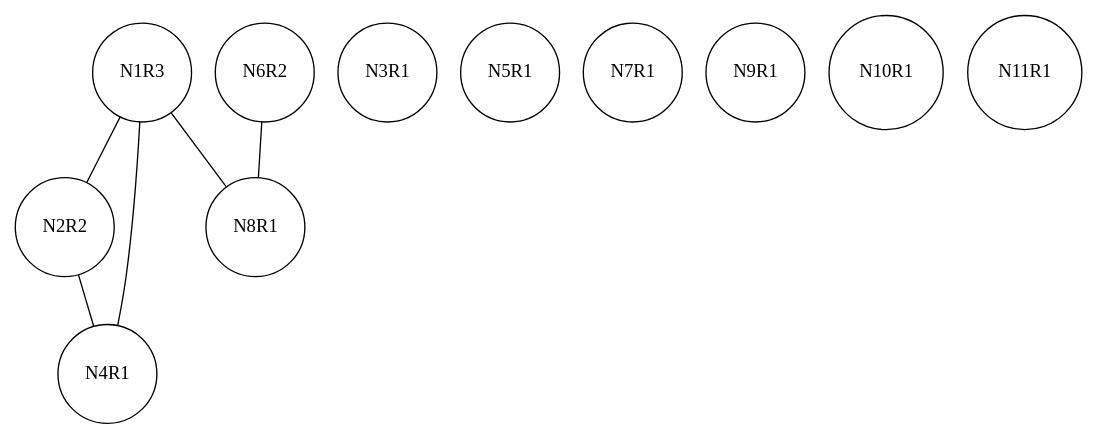
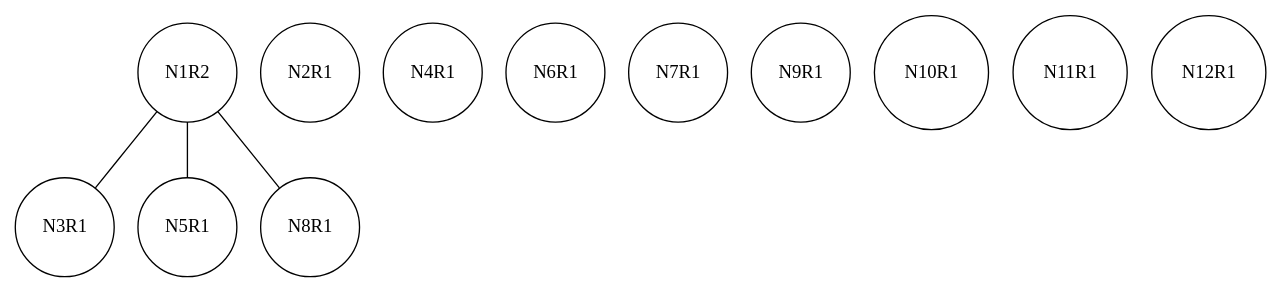
Before and after one commit to chris-wood/PL241-Compiler: the diagram in project/-f.ig.dot, drawn with Graphviz. The commit also changed 17 other files, not shown here.

```diff
--- a/project/-f.ig.dot
+++ b/project/-f.ig.dot
@@ -1,19 +1,18 @@
 graph ig {
     node [shape = circle];
-    N1R3;
-    N2R2;
+    N1R2;
+    N2R1;
     N3R1;
     N4R1;
     N5R1;
-    N6R2;
+    N6R1;
     N7R1;
     N8R1;
     N9R1;
     N10R1;
     N11R1;
-    N1R3 -- N8R1;
-    N1R3 -- N4R1;
-    N1R3 -- N2R2;
-    N2R2 -- N4R1;
-    N6R2 -- N8R1;
+    N12R1;
+    N1R2 -- N5R1;
+    N1R2 -- N3R1;
+    N1R2 -- N8R1;
 }
```
